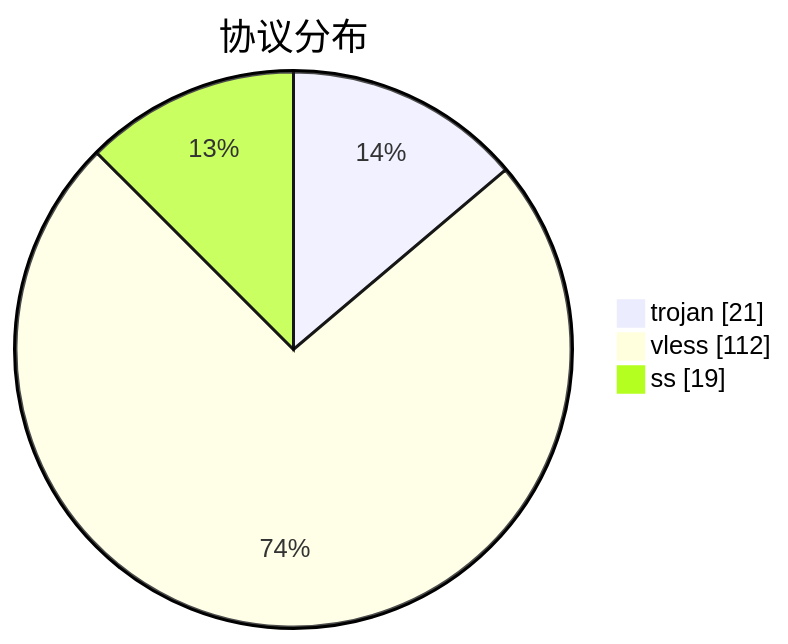
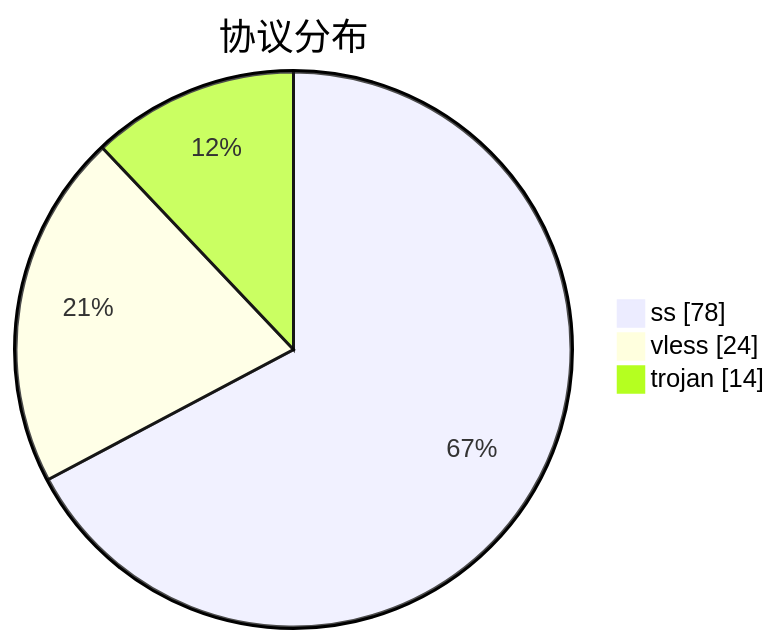
One commit to qjlxg/airport changed the third of 3 diagrams in subs/statistics/tested_within.md. Above: the diagram before and after it, drawn with Mermaid. The commit also changed other lines of this file and 2 other files, not shown here.

````diff
--- a/subs/statistics/tested_within.md
+++ b/subs/statistics/tested_within.md
@@ -32,7 +29,7 @@
 ```mermaid
 pie showData
 title 协议分布
-"trojan" : 21
-"vless" : 112
-"ss" : 19
+"ss" : 78
+"vless" : 24
+"trojan" : 14
 ```
````
